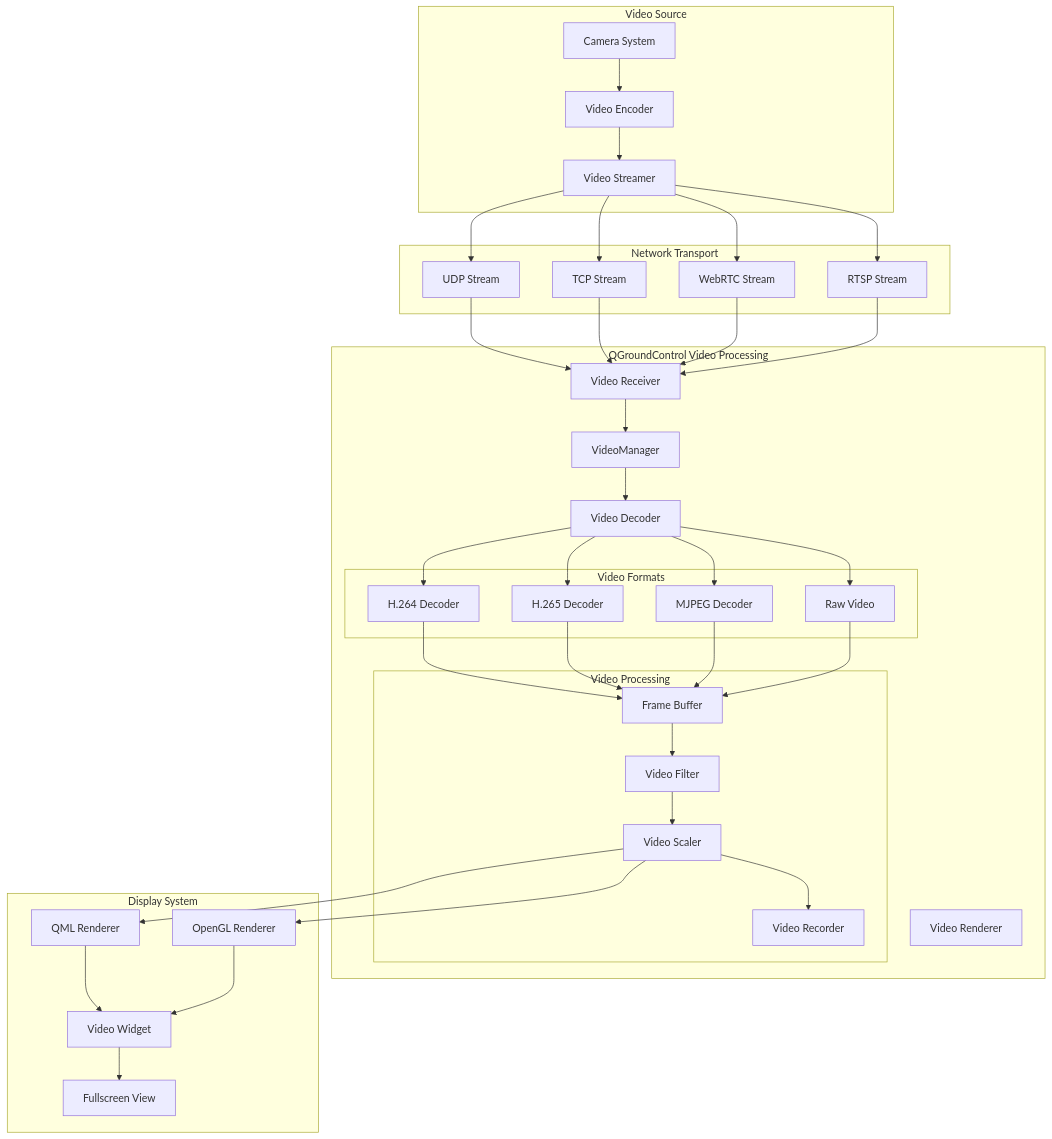
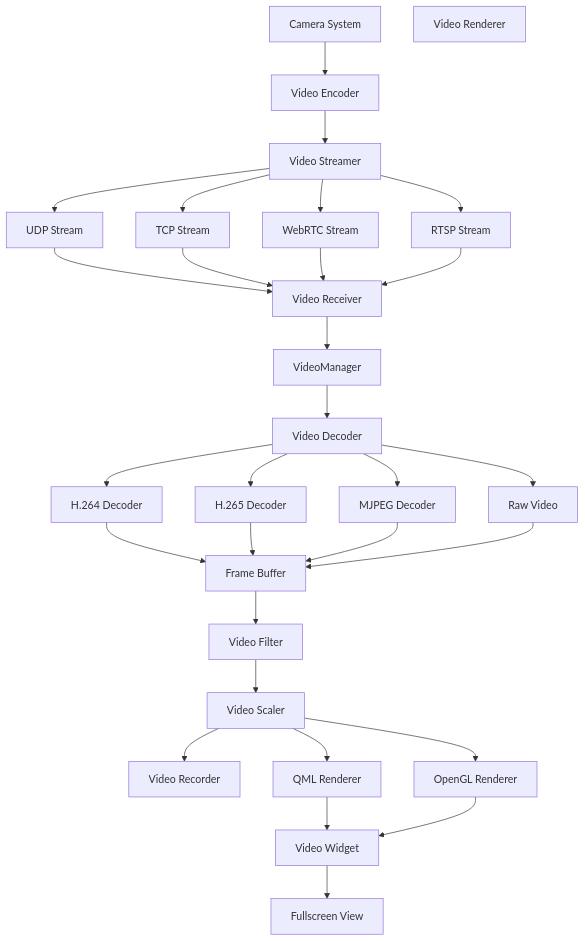
The third of 8 diagrams in QGroundControl_Data_Video_Architecture.md (hsgang/qgroundcontrol), drawn with Mermaid before and after one commit. The commit also changed other lines of this file, not shown here.

````diff
--- a/QGroundControl_Data_Video_Architecture.md
+++ b/QGroundControl_Data_Video_Architecture.md
@@ -181,80 +159,68 @@
 ```mermaid
 graph TB
-    subgraph "Video Source"
-        Camera[Camera System]
-        VideoEncoder[Video Encoder]
-        VideoStreamer[Video Streamer]
-    end
+    Camera[Camera System]
+    VideoEncoder[Video Encoder]
+    VideoStreamer[Video Streamer]
     
-    subgraph "Network Transport"
-        UDPStream[UDP Stream]
-        TCPStream[TCP Stream]
-        WebRTCStream[WebRTC Stream]
-        RTSPStream[RTSP Stream]
-    end
+    UDPStream[UDP Stream]
+    TCPStream[TCP Stream]
+    WebRTCStream[WebRTC Stream]
+    RTSPStream[RTSP Stream]
     
-    subgraph "QGroundControl Video Processing"
-        VideoManager[VideoManager]
-        VideoReceiver[Video Receiver]
-        VideoDecoder[Video Decoder]
-        VideoRenderer[Video Renderer]
-        
-        subgraph "Video Formats"
-            H264[H.264 Decoder]
-            H265[H.265 Decoder]
-            MJPEG[MJPEG Decoder]
-            RawVideo[Raw Video]
-        end
-        
-        subgraph "Video Processing"
-            FrameBuffer[Frame Buffer]
-            VideoFilter[Video Filter]
-            VideoScaler[Video Scaler]
-            VideoRecorder[Video Recorder]
-        end
-    end
+    VideoManager[VideoManager]
+    VideoReceiver[Video Receiver]
+    VideoDecoder[Video Decoder]
+    VideoRenderer[Video Renderer]
     
-    subgraph "Display System"
-        QMLRenderer[QML Renderer]
-        OpenGLRenderer[OpenGL Renderer]
-        VideoWidget[Video Widget]
-        FullscreenView[Fullscreen View]
-    end
+    H264[H.264 Decoder]
+    H265[H.265 Decoder]
+    MJPEG[MJPEG Decoder]
+    RawVideo[Raw Video]
+    
+    FrameBuffer[Frame Buffer]
+    VideoFilter[Video Filter]
+    VideoScaler[Video Scaler]
+    VideoRecorder[Video Recorder]
+    
+    QMLRenderer[QML Renderer]
+    OpenGLRenderer[OpenGL Renderer]
+    VideoWidget[Video Widget]
+    FullscreenView[Fullscreen View]
     
     Camera --> VideoEncoder
     VideoEncoder --> VideoStreamer
     
     VideoStreamer --> UDPStream
     VideoStreamer --> TCPStream
     VideoStreamer --> WebRTCStream
     VideoStreamer --> RTSPStream
     
     UDPStream --> VideoReceiver
     TCPStream --> VideoReceiver
     WebRTCStream --> VideoReceiver
     RTSPStream --> VideoReceiver
     
     VideoReceiver --> VideoManager
     VideoManager --> VideoDecoder
     
     VideoDecoder --> H264
     VideoDecoder --> H265
     VideoDecoder --> MJPEG
     VideoDecoder --> RawVideo
     
     H264 --> FrameBuffer
     H265 --> FrameBuffer
     MJPEG --> FrameBuffer
     RawVideo --> FrameBuffer
     
     FrameBuffer --> VideoFilter
     VideoFilter --> VideoScaler
     VideoScaler --> VideoRecorder
     
     VideoScaler --> QMLRenderer
     VideoScaler --> OpenGLRenderer
     
     QMLRenderer --> VideoWidget
     OpenGLRenderer --> VideoWidget
     VideoWidget --> FullscreenView
 ```
````
